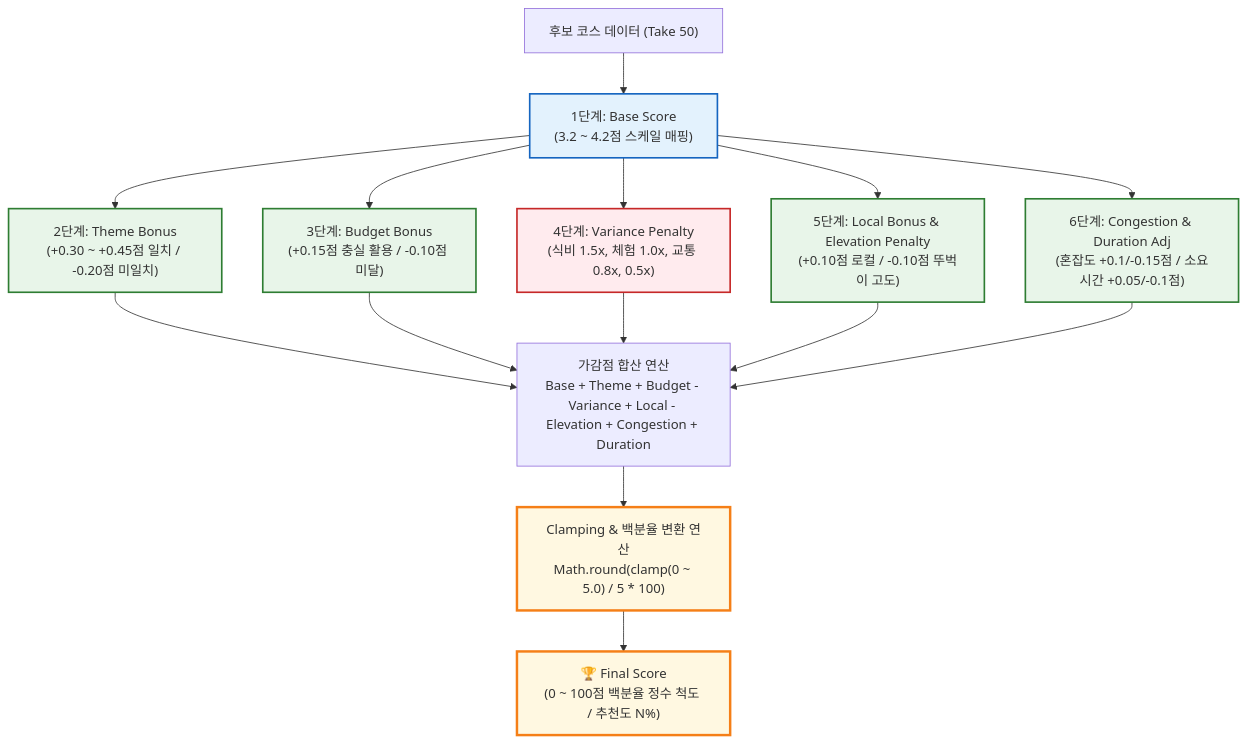
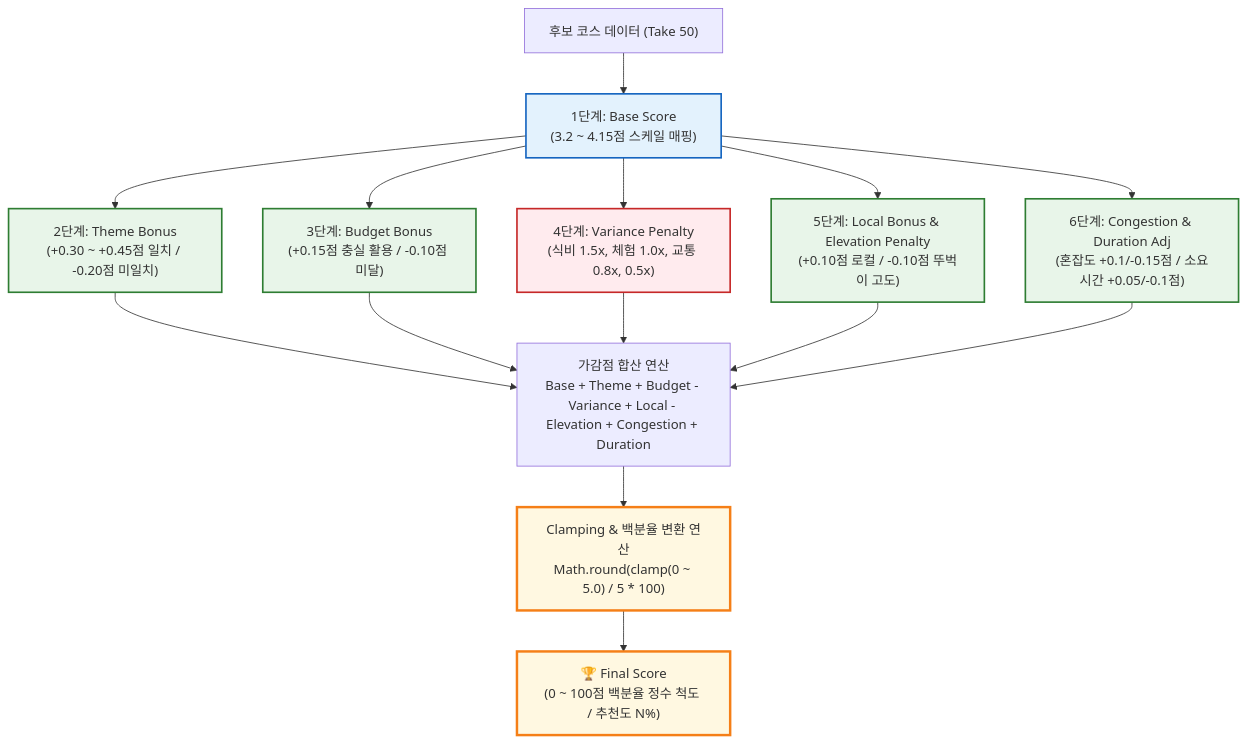
Before and after one commit to oiso-bagi/OISO-BE: the third of 3 diagrams in docs/recommend-route-architecture.md, drawn with Mermaid. The commit also changed other lines of this file and 2 other files, not shown here.

````diff
--- a/docs/recommend-route-architecture.md
+++ b/docs/recommend-route-architecture.md
@@ -200,19 +200,19 @@
 ```mermaid
 flowchart TD
     classDef base fill:#e3f2fd,stroke:#1565c0,stroke-width:2px;
     classDef bonus fill:#e8f5e9,stroke:#2e7d32,stroke-width:2px;
     classDef penalty fill:#ffebee,stroke:#c62828,stroke-width:2px;
     classDef final fill:#fff8e1,stroke:#f57f17,stroke-width:3px;
 
-    Start["후보 코스 데이터 (Take 50)"] --> Step1["1단계: Base Score<br/>(3.2 ~ 4.2점 스케일 매핑)"]:::base
+    Start["후보 코스 데이터 (Take 50)"] --> Step1["1단계: Base Score<br/>(3.2 ~ 4.15점 스케일 매핑)"]:::base
 
     Step1 --> Step2["2단계: Theme Bonus<br/>(+0.30 ~ +0.45점 일치 / -0.20점 미일치)"]:::bonus
     Step1 --> Step3["3단계: Budget Bonus<br/>(+0.15점 충실 활용 / -0.10점 미달)"]:::bonus
     Step1 --> Step4["4단계: Variance Penalty<br/>(식비 1.5x, 체험 1.0x, 교통 0.8x, 0.5x)"]:::penalty
     Step1 --> Step5["5단계: Local Bonus & Elevation Penalty<br/>(+0.10점 로컬 / -0.10점 뚜벅이 고도)"]:::bonus
     Step1 --> Step6["6단계: Congestion & Duration Adj<br/>(혼잡도 +0.1/-0.15점 / 소요시간 +0.05/-0.1점)"]:::bonus
 
     Step2 & Step3 & Step4 & Step5 & Step6 --> Sum["가감점 합산 연산<br/>Base + Theme + Budget - Variance + Local - Elevation + Congestion + Duration"]
     Sum --> Clamp["Clamping & 백분율 변환 연산<br/>Math.round(clamp(0 ~ 5.0) / 5 * 100)"]:::final
     Clamp --> Output["🏆 Final Score<br/>(0 ~ 100점 백분율 정수 척도 / 추천도 N%)"]:::final
 ```
````
